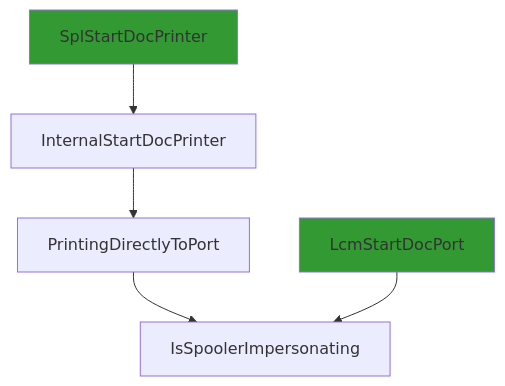
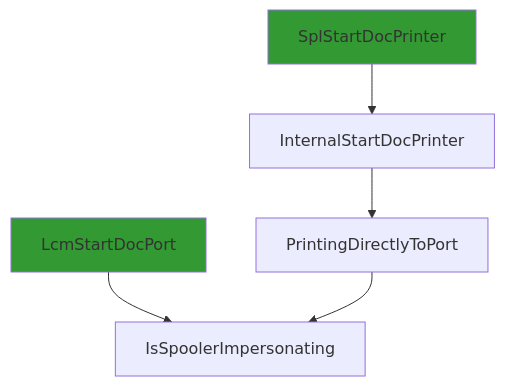
One commit to clearbluejar/ghidra-pyhidra-callgraphs changed the first of 4 diagrams in .callgraphs/localspl.dll.x64.10.0.22000.376/IsSpoolerImpersonating.flow.md. Above: the diagram before and after it, drawn with Mermaid. The commit also changed other lines of this file and 15 other files, not shown here.

Commit message:
update with mermaid live links

````diff
--- a/.callgraphs/localspl.dll.x64.10.0.22000.376/IsSpoolerImpersonating.flow.md
+++ b/.callgraphs/localspl.dll.x64.10.0.22000.376/IsSpoolerImpersonating.flow.md
@@ -8,9 +12,9 @@
 ```mermaid
 flowchart TD
 classDef shaded fill:#339933
-3["SplStartDocPrinter"]:::shaded --> 2
-0["PrintingDirectlyToPort"] --> 1["IsSpoolerImpersonating"]
-4["LcmStartDocPort"]:::shaded --> 1
-2["InternalStartDocPrinter"] --> 0
+4["SplStartDocPrinter"]:::shaded --> 3
+0["LcmStartDocPort"]:::shaded --> 1["IsSpoolerImpersonating"]
+2["PrintingDirectlyToPort"] --> 1
+3["InternalStartDocPrinter"] --> 2
 
 ```
````
